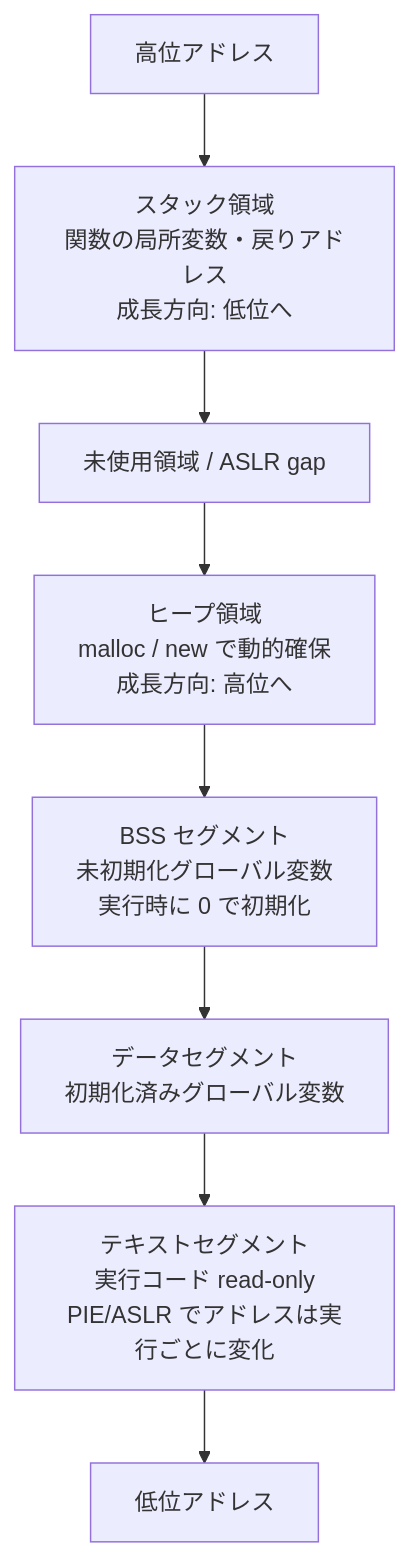
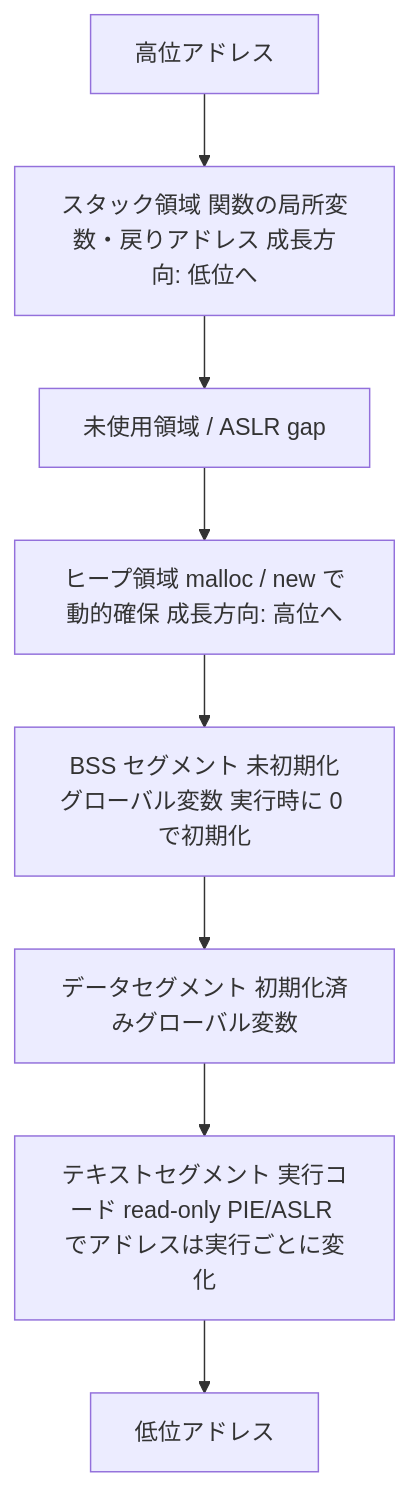
One commit to Omni-lab26/recon0x-content changed the first of 2 diagrams in articles/memory-model/index.md. Above: the diagram before and after it, drawn with Mermaid. The commit also changed other lines of this file, not shown here.

Commit message:
add memory-model article

````diff
--- a/articles/memory-model/index.md
+++ b/articles/memory-model/index.md
@@ -52,22 +52,13 @@
 ```mermaid
 flowchart TD
     HIGH["高位アドレス"]
-    STACK["スタック領域
-関数の局所変数・戻りアドレス
-成長方向: 低位へ"]
+    STACK["スタック領域 関数の局所変数・戻りアドレス 成長方向: 低位へ"]
     GAP["未使用領域 / ASLR gap"]
-    HEAP["ヒープ領域
-malloc / new で動的確保
-成長方向: 高位へ"]
-    BSS["BSS セグメント
-未初期化グローバル変数
-実行時に 0 で初期化"]
-    DATA["データセグメント
-初期化済みグローバル変数"]
-    TEXT["テキストセグメント
-実行コード read-only
-PIE/ASLR でアドレスは実行ごとに変化"]
+    HEAP["ヒープ領域 malloc / new で動的確保 成長方向: 高位へ"]
+    BSS["BSS セグメント 未初期化グローバル変数 実行時に 0 で初期化"]
+    DATA["データセグメント 初期化済みグローバル変数"]
+    TEXT["テキストセグメント 実行コード read-only PIE/ASLR でアドレスは実行ごとに変化"]
     LOW["低位アドレス"]
 
     HIGH --> STACK --> GAP --> HEAP --> BSS --> DATA --> TEXT --> LOW
 ```
````
